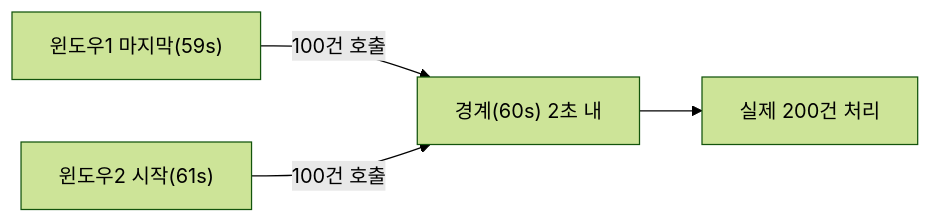
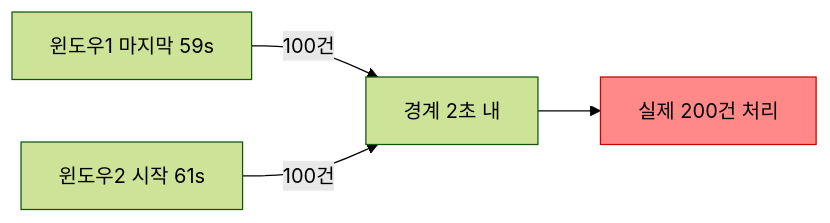
Before and after one commit to yjkim2015/yjkim2015.github.io: the third of 10 diagrams in _posts/spring/2026-05-01-rate-limiting.md, drawn with Mermaid (forest theme). The commit also changed other lines of this file and 4 other files, not shown here.

````diff
--- a/_posts/spring/2026-05-01-rate-limiting.md
+++ b/_posts/spring/2026-05-01-rate-limiting.md
@@ -80,6 +66,7 @@
 ```mermaid
 graph LR
-    W1["윈도우1 마지막(59s)"] -->|"100건 호출"| EDGE["경계(60s) 2초 내"]
-    W2["윈도우2 시작(61s)"] -->|"100건 호출"| EDGE
+    W1["윈도우1 마지막 59s"] -->|"100건"| EDGE["경계 2초 내"]
+    W2["윈도우2 시작 61s"] -->|"100건"| EDGE
     EDGE --> BURST["실제 200건 처리"]
+    style BURST fill:#f88,stroke:#c00,color:#000
 ```
````
